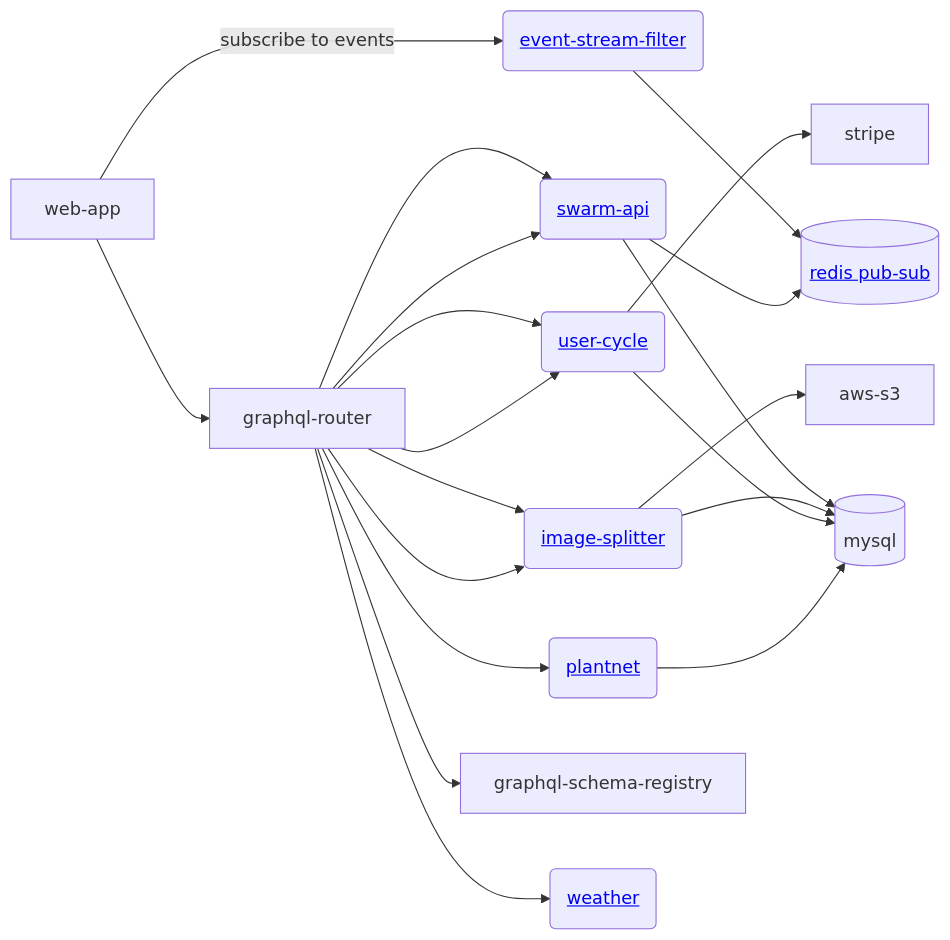
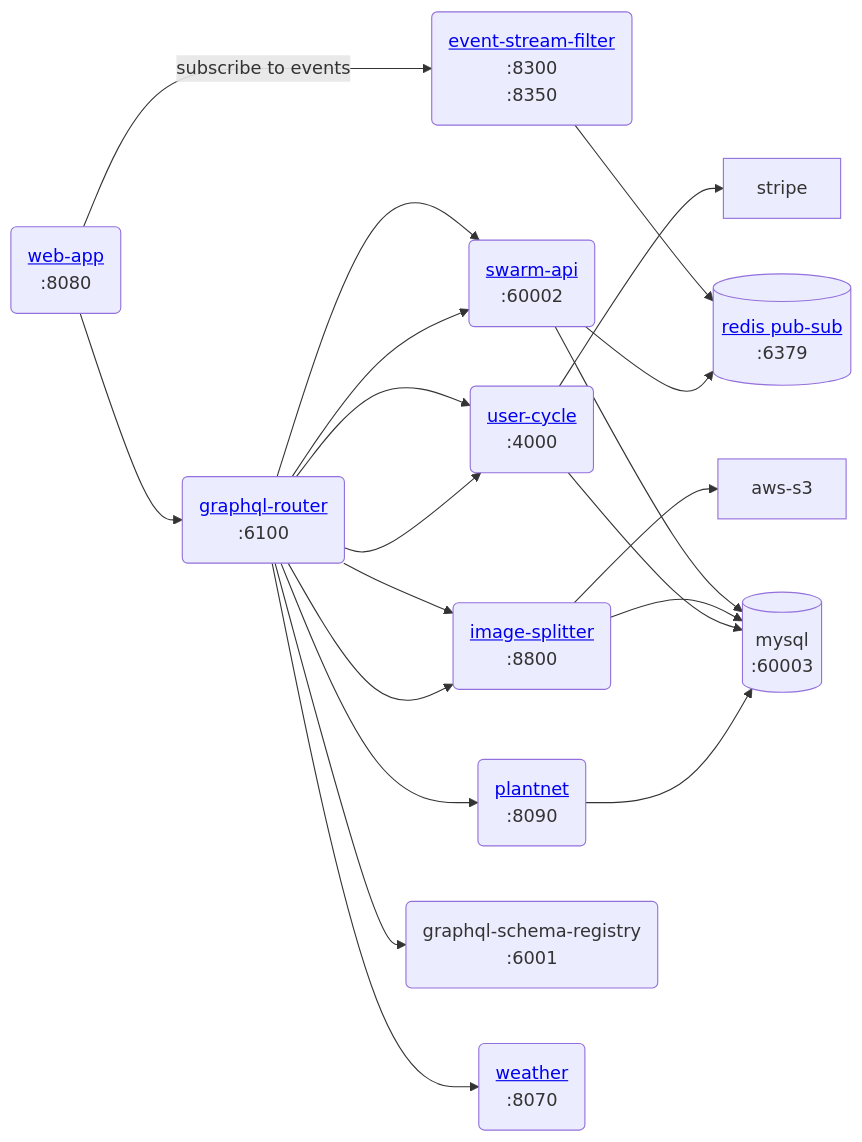
One commit to Gratheon/web-app changed the diagram in README.md. Above: the diagram before and after it, drawn with Mermaid. The commit also changed other lines of this file, not shown here.

Commit message:
improve docs

````diff
--- a/README.md
+++ b/README.md
@@ -9,16 +9,16 @@
 ```mermaid
 flowchart LR
-    web-app --> graphql-router
-    web-app --"subscribe to events"--> event-stream-filter("<a href='https://github.com/Gratheon/event-stream-filter'>event-stream-filter</a>") --> redis
+    web-app("<a href='https://github.com/Gratheon/web-app'>web-app</a>\n:8080") --> graphql-router
+    web-app --"subscribe to events"--> event-stream-filter("<a href='https://github.com/Gratheon/event-stream-filter'>event-stream-filter</a>\n:8300\n:8350") --> redis
 
-    graphql-router --> swarm-api("<a href='https://github.com/Gratheon/swarm-api'>swarm-api</a>") --> mysql[(mysql)]
-    graphql-router --> swarm-api --> redis[("<a href='https://github.com/Gratheon/redis'>redis pub-sub</a>")]
+    graphql-router("<a href='https://github.com/Gratheon/graphql-router'>graphql-router</a>\n :6100") --> swarm-api("<a href='https://github.com/Gratheon/swarm-api'>swarm-api</a>\n:60002") --> mysql[(mysql\n:60003)]
+    graphql-router --> swarm-api --> redis[("<a href='https://github.com/Gratheon/redis'>redis pub-sub</a>\n:6379")]
 
-    graphql-router --> image-splitter("<a href='https://github.com/Gratheon/image-splitter'>image-splitter</a>") --> mysql
+    graphql-router --> image-splitter("<a href='https://github.com/Gratheon/image-splitter'>image-splitter</a>\n:8800") --> mysql
     graphql-router --> image-splitter --> aws-s3
-    graphql-router --> user-cycle("<a href='https://github.com/Gratheon/user-cycle'>user-cycle</a>") --> mysql
+    graphql-router --> user-cycle("<a href='https://github.com/Gratheon/user-cycle'>user-cycle</a>\n:4000") --> mysql
     graphql-router --> user-cycle --> stripe
-    graphql-router --> plantnet("<a href='https://github.com/Gratheon/plantnet'>plantnet</a>") --> mysql
-    graphql-router --> graphql-schema-registry
-    graphql-router --> weather("<a href='https://github.com/Gratheon/weather'>weather</a>")
+    graphql-router --> plantnet("<a href='https://github.com/Gratheon/plantnet'>plantnet</a>\n:8090") --> mysql
+    graphql-router --> graphql-schema-registry("graphql-schema-registry\n:6001")
+    graphql-router --> weather("<a href='https://github.com/Gratheon/weather'>weather</a>\n:8070")
 ```
````
